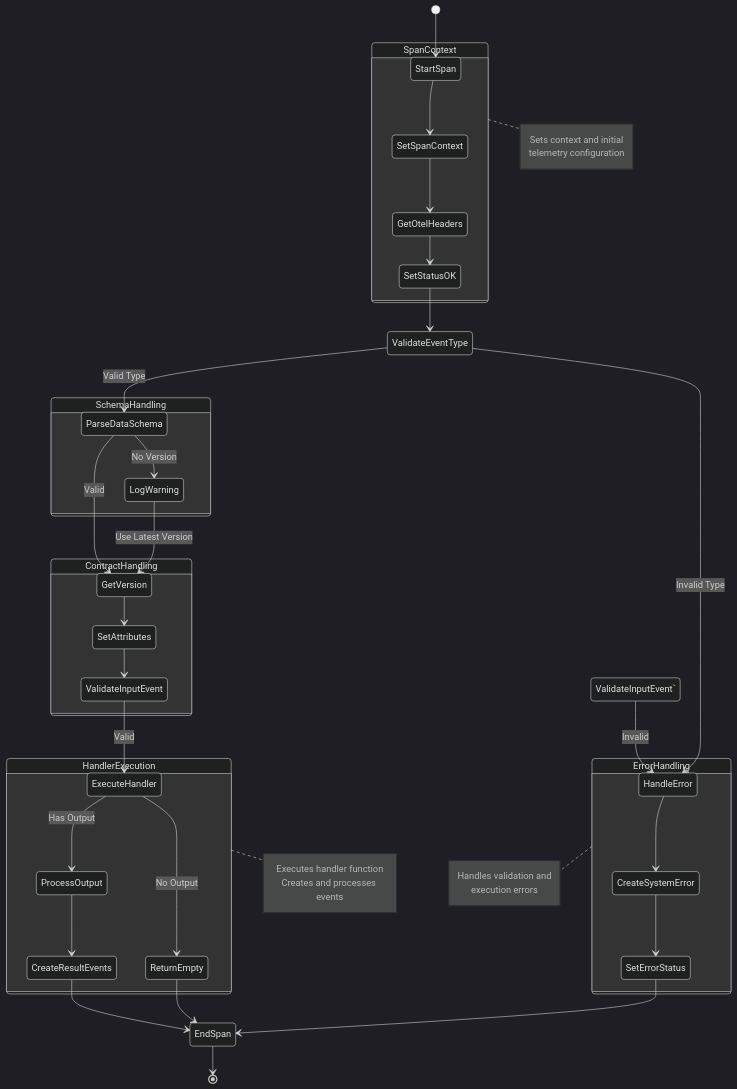
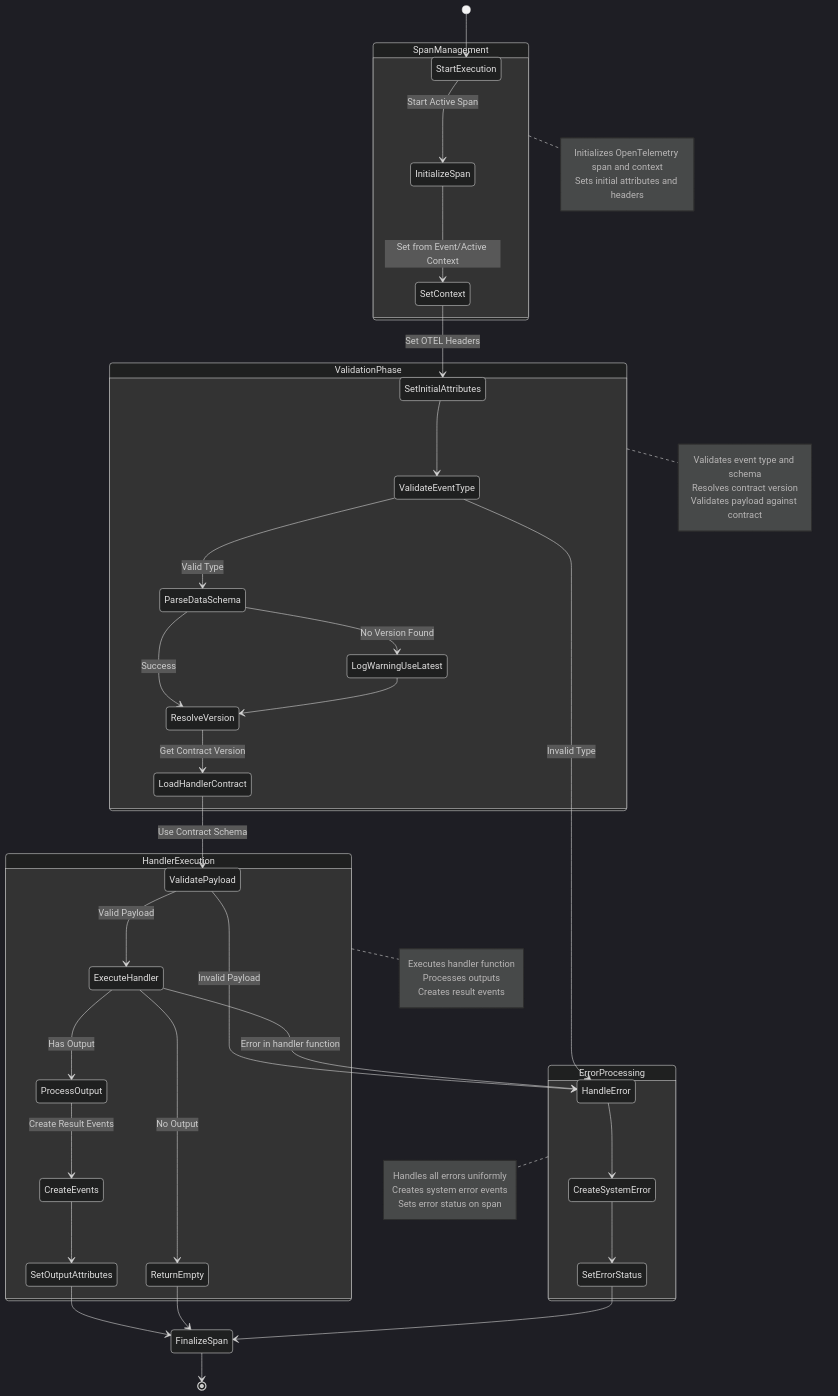
Before and after one commit to SaadAhmad123/arvo-event-handler: the first of 2 diagrams in src/ArvoEventHandler/ExecutionDiagrams.md, drawn with Mermaid (dark theme). The commit also changed other lines of this file and 22 other files, not shown here.

````diff
--- a/src/ArvoEventHandler/ExecutionDiagrams.md
+++ b/src/ArvoEventHandler/ExecutionDiagrams.md
@@ -7,61 +17,68 @@
 ```mermaid
 stateDiagram-v2
-    [*] --> StartSpan
+    [*] --> StartExecution
 
-    state SpanContext {
-        StartSpan --> SetSpanContext
-        SetSpanContext --> GetOtelHeaders
-        GetOtelHeaders --> SetStatusOK
+    state SpanManagement {
+        StartExecution --> InitializeSpan: Start Active Span
+        InitializeSpan --> SetContext: Set from Event/Active Context
+        SetContext --> SetInitialAttributes: Set OTEL Headers
     }
 
-    SetStatusOK --> ValidateEventType
+    state ValidationPhase {
+        SetInitialAttributes --> ValidateEventType
+        ValidateEventType --> ParseDataSchema: Valid Type
+        ValidateEventType --> HandleError: Invalid Type
 
-    ValidateEventType --> ParseDataSchema: Valid Type
-    ValidateEventType --> HandleError: Invalid Type
+        ParseDataSchema --> ResolveVersion: Success
+        ParseDataSchema --> LogWarningUseLatest: No Version Found
+        LogWarningUseLatest --> ResolveVersion
 
-    state SchemaHandling {
-        ParseDataSchema --> GetVersion: Valid
-        ParseDataSchema --> LogWarning: No Version
-        LogWarning --> GetVersion: Use Latest Version
+        ResolveVersion --> LoadHandlerContract: Get Contract Version
+        LoadHandlerContract --> ValidatePayload: Use Contract Schema
     }
 
-    state ContractHandling {
-        GetVersion --> SetAttributes
-        SetAttributes --> ValidateInputEvent
+    state HandlerExecution {
+        ValidatePayload --> ExecuteHandler: Valid Payload
+        ValidatePayload --> HandleError: Invalid Payload
+
+        ExecuteHandler --> ProcessOutput: Has Output
+        ExecuteHandler --> ReturnEmpty: No Output
+        ExecuteHandler --> HandleError: Error in handler function
+
+        ProcessOutput --> CreateEvents: Create Result Events
+        CreateEvents --> SetOutputAttributes
     }
 
-    ValidateInputEvent --> ExecuteHandler: Valid
-    ValidateInputEvent` --> HandleError: Invalid
-
-    state HandlerExecution {
-        ExecuteHandler --> ProcessOutput: Has Output
-        ExecuteHandler --> ReturnEmpty: No Output
-        ProcessOutput --> CreateResultEvents
-    }
-
-    state ErrorHandling {
+    state ErrorProcessing {
         HandleError --> CreateSystemError
         CreateSystemError --> SetErrorStatus
     }
 
-    CreateResultEvents --> EndSpan
-    SetErrorStatus --> EndSpan
-    ReturnEmpty --> EndSpan
+    SetOutputAttributes --> FinalizeSpan
+    ReturnEmpty --> FinalizeSpan
+    SetErrorStatus --> FinalizeSpan
+    FinalizeSpan --> [*]
 
-    EndSpan --> [*]
+    note right of SpanManagement
+        Initializes OpenTelemetry span and context
+        Sets initial attributes and headers
+    end note
 
-    note right of SpanContext
-        Sets context and initial
-        telemetry configuration
+    note right of ValidationPhase
+        Validates event type and schema
+        Resolves contract version
+        Validates payload against contract
     end note
 
     note right of HandlerExecution
         Executes handler function
-        Creates and processes events
+        Processes outputs
+        Creates result events
     end note
 
-    note right of ErrorHandling
-        Handles validation and
-        execution errors
+    note right of ErrorProcessing
+        Handles all errors uniformly
+        Creates system error events
+        Sets error status on span
     end note
 ```
````
